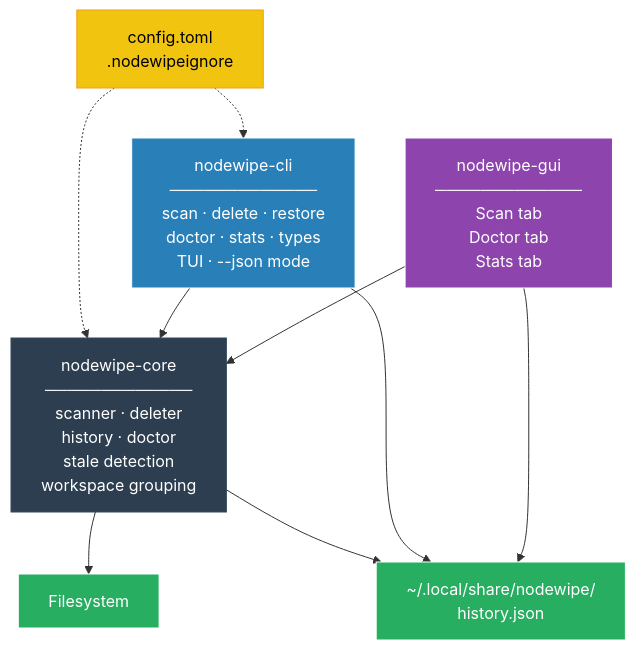
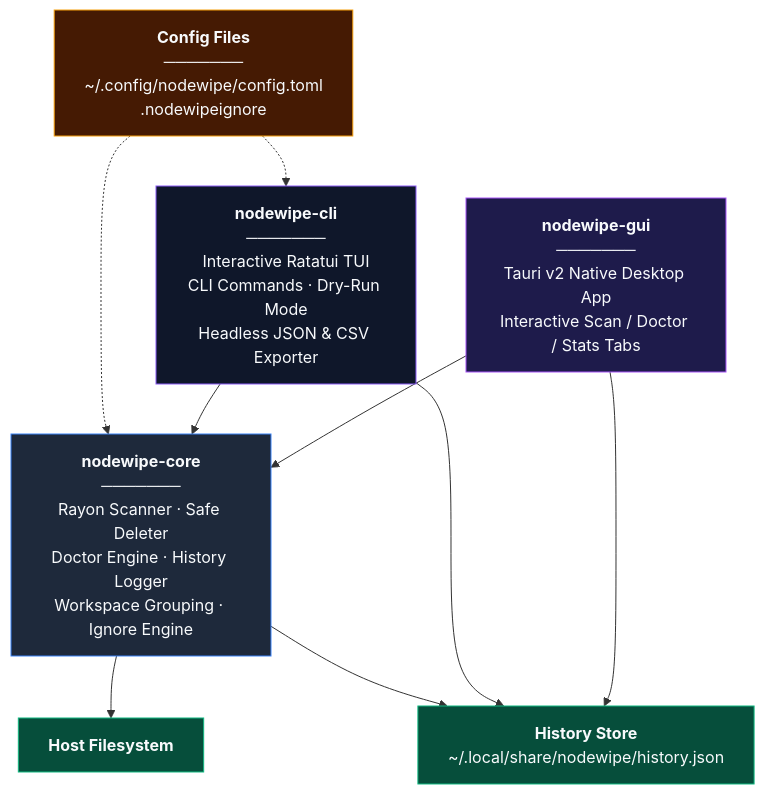
The diagram in README.md (JOKER-53/nodewipe), drawn with Mermaid before and after one commit. The commit also changed other lines of this file, not shown here.

````diff
--- a/README.md
+++ b/README.md
@@ -376,44 +325,28 @@
 ```mermaid
 flowchart TD
-    classDef engine fill:#2c3e50,stroke:#34495e,color:#fff
-    classDef cli fill:#2980b9,stroke:#fff,color:#fff
-    classDef gui fill:#8e44ad,stroke:#fff,color:#fff
-    classDef output fill:#27ae60,stroke:#fff,color:#fff
-    classDef config fill:#f1c40f,stroke:#f39c12,color:#000
+    classDef engine fill:#1e293b,stroke:#3b82f6,color:#f8fafc
+    classDef cli fill:#0f172a,stroke:#8b5cf6,color:#f8fafc
+    classDef gui fill:#1e1b4b,stroke:#a855f7,color:#f8fafc
+    classDef output fill:#064e3b,stroke:#10b981,color:#f8fafc
+    classDef config fill:#451a03,stroke:#f59e0b,color:#f8fafc
 
-    Core["nodewipe-core
-    ─────────────
-    scanner · deleter
-    history · doctor
-    stale detection
-    workspace grouping"]:::engine
+    Core["<b>nodewipe-core</b><br/>───────<br/>Rayon Scanner · Safe Deleter<br/>Doctor Engine · History Logger<br/>Workspace Grouping · Ignore Engine"]:::engine
 
-    CLI["nodewipe-cli
-    ─────────────
-    scan · delete · restore
-    doctor · stats · types
-    TUI · --json mode"]:::cli
+    CLI["<b>nodewipe-cli</b><br/>───────<br/>Interactive Ratatui TUI<br/>CLI Commands · Dry-Run Mode<br/>Headless JSON & CSV Exporter"]:::cli
 
-    GUI["nodewipe-gui
-    ─────────────
-    Scan tab
-    Doctor tab
-    Stats tab"]:::gui
+    GUI["<b>nodewipe-gui</b><br/>───────<br/>Tauri v2 Native Desktop App<br/>Interactive Scan / Doctor / Stats Tabs"]:::gui
 
-    Config["config.toml
-    .nodewipeignore"]:::config
+    Config["<b>Config Files</b><br/>───────<br/>~/.config/nodewipe/config.toml<br/>.nodewipeignore"]:::config
 
-    HistFile["~/.local/share/nodewipe/
-    history.json"]:::output
-
-    Disk["Filesystem"]:::output
+    HistFile["<b>History Store</b><br/>~/.local/share/nodewipe/history.json"]:::output
+    Disk["<b>Host Filesystem</b>"]:::output
 
     Config -.-> CLI
     Config -.-> Core
     CLI --> Core
     GUI --> Core
     Core --> Disk
     Core --> HistFile
     CLI --> HistFile
     GUI --> HistFile
 ```
````
